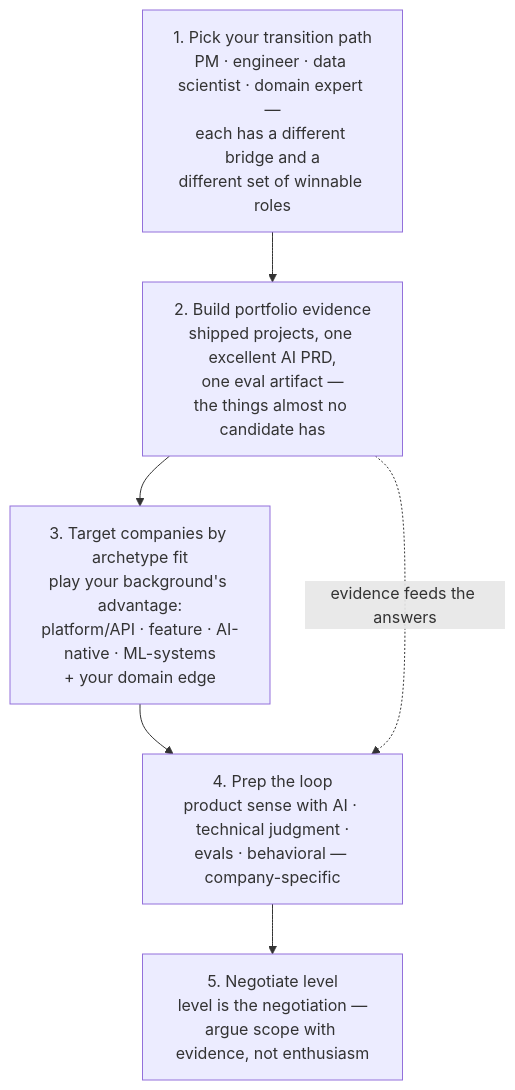
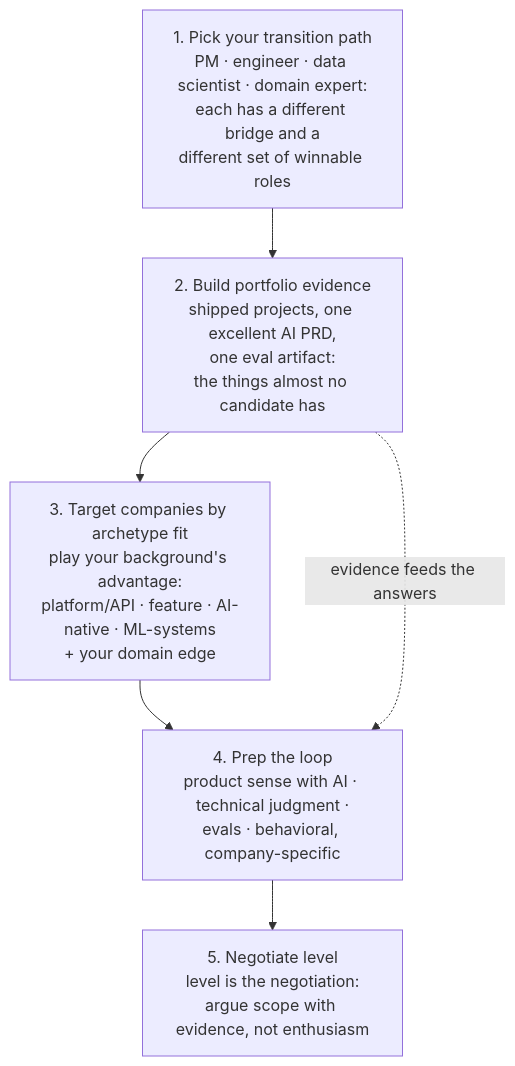
Before and after one commit to sugirdadinakar/AI-for-Product-Managers: the diagram in 08-career/README.md, drawn with Mermaid. The commit also changed other lines of this file and 59 other files, not shown here.

````diff
--- a/08-career/README.md
+++ b/08-career/README.md
@@ -18,8 +18,8 @@
 ```mermaid
 flowchart TD
-    A["1. Pick your transition path<br/>PM · engineer · data scientist · domain expert —<br/>each has a different bridge and a<br/>different set of winnable roles"] --> B["2. Build portfolio evidence<br/>shipped projects, one excellent AI PRD,<br/>one eval artifact —<br/>the things almost no candidate has"]
+    A["1. Pick your transition path<br/>PM · engineer · data scientist · domain expert:<br/>each has a different bridge and a<br/>different set of winnable roles"] --> B["2. Build portfolio evidence<br/>shipped projects, one excellent AI PRD,<br/>one eval artifact:<br/>the things almost no candidate has"]
     B --> C["3. Target companies by archetype fit<br/>play your background's advantage:<br/>platform/API · feature · AI-native · ML-systems<br/>+ your domain edge"]
-    C --> D["4. Prep the loop<br/>product sense with AI · technical judgment ·<br/>evals · behavioral — company-specific"]
-    D --> E["5. Negotiate level<br/>level is the negotiation —<br/>argue scope with evidence, not enthusiasm"]
+    C --> D["4. Prep the loop<br/>product sense with AI · technical judgment ·<br/>evals · behavioral, company-specific"]
+    D --> E["5. Negotiate level<br/>level is the negotiation:<br/>argue scope with evidence, not enthusiasm"]
     B -.->|"evidence feeds the answers"| D
 ```
````
